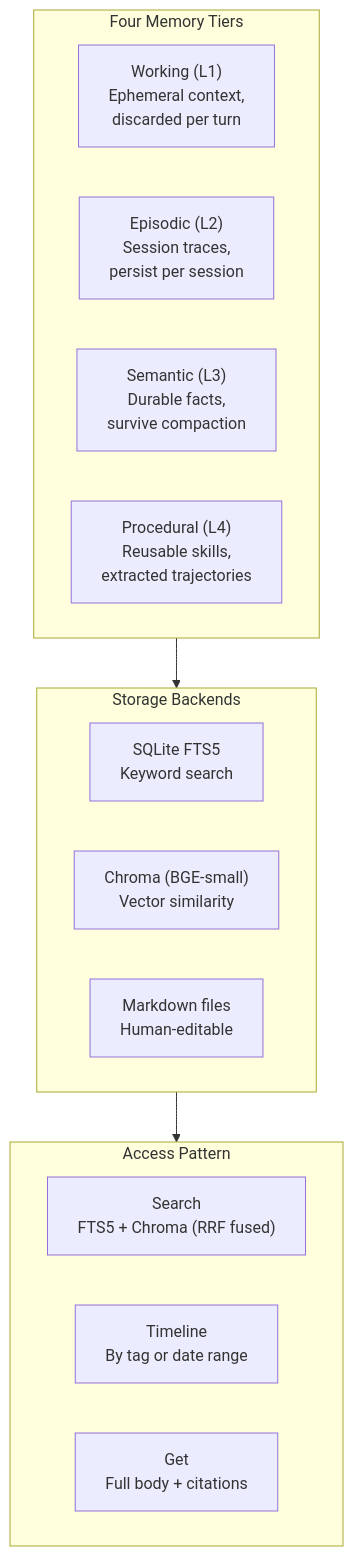
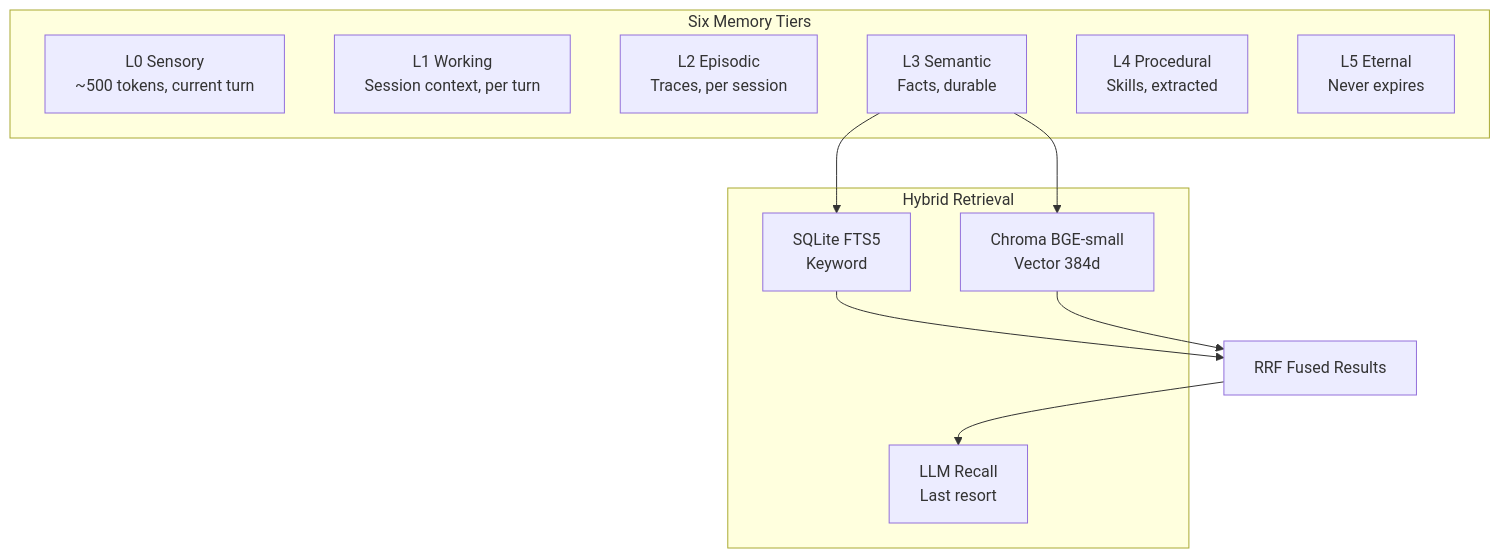
Before and after one commit to ndqkhanh/lyra: the diagram in docs/concepts/06-memory-tiers.md, drawn with Mermaid. The commit also changed other lines of this file and 65 other files, not shown here.

````diff
--- a/docs/concepts/06-memory-tiers.md
+++ b/docs/concepts/06-memory-tiers.md
@@ -9,21 +20,19 @@
 ```mermaid
 flowchart TD
-    subgraph Tiers["Four Memory Tiers"]
-        W["Working (L1)<br/>Ephemeral context,<br/>discarded per turn"]
-        E["Episodic (L2)<br/>Session traces,<br/>persist per session"]
-        S["Semantic (L3)<br/>Durable facts,<br/>survive compaction"]
-        P["Procedural (L4)<br/>Reusable skills,<br/>extracted trajectories"]
+    subgraph Tiers["Six Memory Tiers"]
+        L0["L0 Sensory<br/>~500 tokens, current turn"]
+        L1["L1 Working<br/>Session context, per turn"]
+        L2["L2 Episodic<br/>Traces, per session"]
+        L3["L3 Semantic<br/>Facts, durable"]
+        L4["L4 Procedural<br/>Skills, extracted"]
+        L5["L5 Eternal<br/>Never expires"]
     end
-    subgraph Backends["Storage Backends"]
-        SQ["SQLite FTS5<br/>Keyword search"]
-        CH["Chroma (BGE-small)<br/>Vector similarity"]
-        MF["Markdown files<br/>Human-editable"]
+    subgraph Retrieval["Hybrid Retrieval"]
+        FTS["SQLite FTS5<br/>Keyword"]
+        Vec["Chroma BGE-small<br/>Vector 384d"]
+        LLM["LLM Recall<br/>Last resort"]
     end
-    subgraph Access["Access Pattern"]
-        Search["Search<br/>FTS5 + Chroma (RRF fused)"]
-        Timeline["Timeline<br/>By tag or date range"]
-        Get["Get<br/>Full body + citations"]
-    end
-    Tiers --> Backends
-    Backends --> Access
+    L3 --> FTS & Vec
+    FTS & Vec --> RRF["RRF Fused Results"]
+    RRF --> LLM
 ```
````
